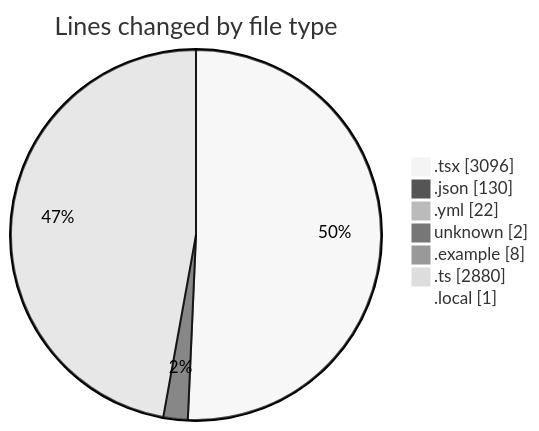
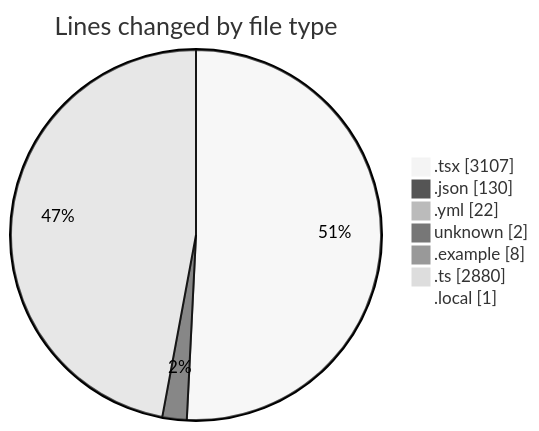
The first of 2 diagrams in 2025-11-21/eventscop-frontend-guide__workspace_/README.md (julien-gomy/code-tracking), drawn with Mermaid (neutral theme) before and after one commit. The commit also changed other lines of this file and 1 other file, not shown here.

````diff
--- a/2025-11-21/eventscop-frontend-guide__workspace_/README.md
+++ b/2025-11-21/eventscop-frontend-guide__workspace_/README.md
@@ -61,11 +61,11 @@
 ```mermaid
 pie showData
 title Lines changed by file type
-".tsx" : 3096
+".tsx" : 3107
 ".json" : 130
 ".yml" : 22
 "unknown" : 2
 ".example" : 8
 ".ts" : 2880
 ".local" : 1
 ```
````
